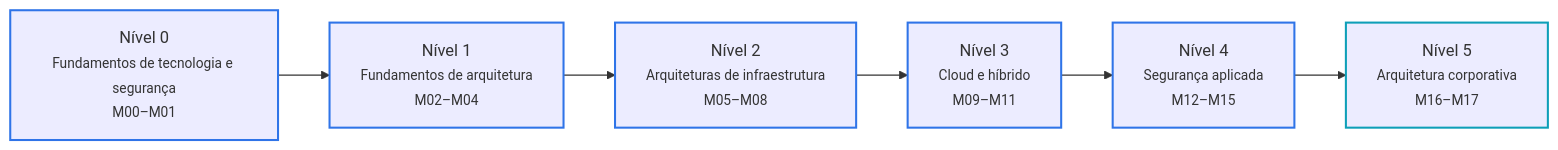
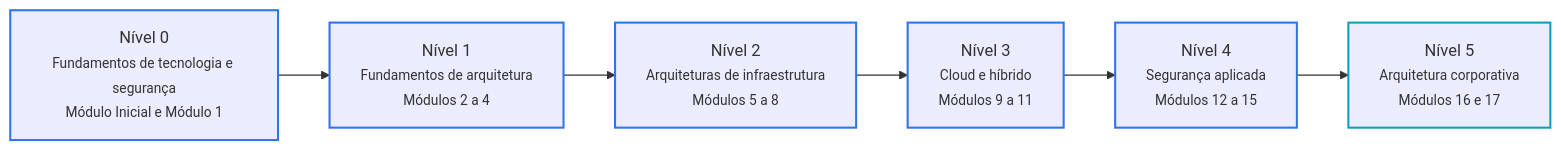
Before and after one commit to andrewsferreira/security-architecture-academy: the diagram in README.md, drawn with Mermaid. The commit also changed other lines of this file and 109 other files, not shown here.

````diff
--- a/README.md
+++ b/README.md
@@ -61,18 +61,18 @@
 ```mermaid
 flowchart LR
   accTitle: Jornada de aprendizagem em seis níveis
   accDescr: A formação evolui do Nível 0, fundamentos de tecnologia e segurança, ao Nível 1, fundamentos de arquitetura, passando pelos Níveis 2 e 3, arquiteturas de infraestrutura, cloud e híbridas, e pelo Nível 4, segurança aplicada, até o Nível 5, arquitetura corporativa avançada e projeto final.
 
-  N0["Nível 0<br/><small>Fundamentos de tecnologia e segurança<br/>M00–M01</small>"]
-  N1["Nível 1<br/><small>Fundamentos de arquitetura<br/>M02–M04</small>"]
-  N2["Nível 2<br/><small>Arquiteturas de infraestrutura<br/>M05–M08</small>"]
-  N3["Nível 3<br/><small>Cloud e híbrido<br/>M09–M11</small>"]
-  N4["Nível 4<br/><small>Segurança aplicada<br/>M12–M15</small>"]
-  N5["Nível 5<br/><small>Arquitetura corporativa<br/>M16–M17</small>"]
+  N0["Nível 0<br/><small>Fundamentos de tecnologia e segurança<br/>Módulo Inicial e Módulo 1</small>"]
+  N1["Nível 1<br/><small>Fundamentos de arquitetura<br/>Módulos 2 a 4</small>"]
+  N2["Nível 2<br/><small>Arquiteturas de infraestrutura<br/>Módulos 5 a 8</small>"]
+  N3["Nível 3<br/><small>Cloud e híbrido<br/>Módulos 9 a 11</small>"]
+  N4["Nível 4<br/><small>Segurança aplicada<br/>Módulos 12 a 15</small>"]
+  N5["Nível 5<br/><small>Arquitetura corporativa<br/>Módulos 16 e 17</small>"]
   N0 --> N1 --> N2 --> N3 --> N4 --> N5
 
   classDef identity stroke:#2f74e8,stroke-width:2px
   classDef control stroke:#0e9fb8,stroke-width:2px
   class N0,N1,N2,N3,N4 identity
   class N5 control
 ```
````
